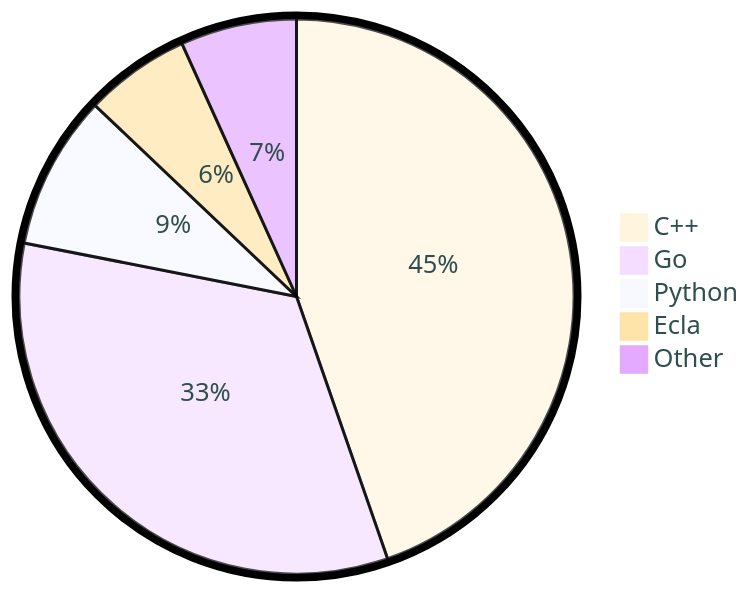
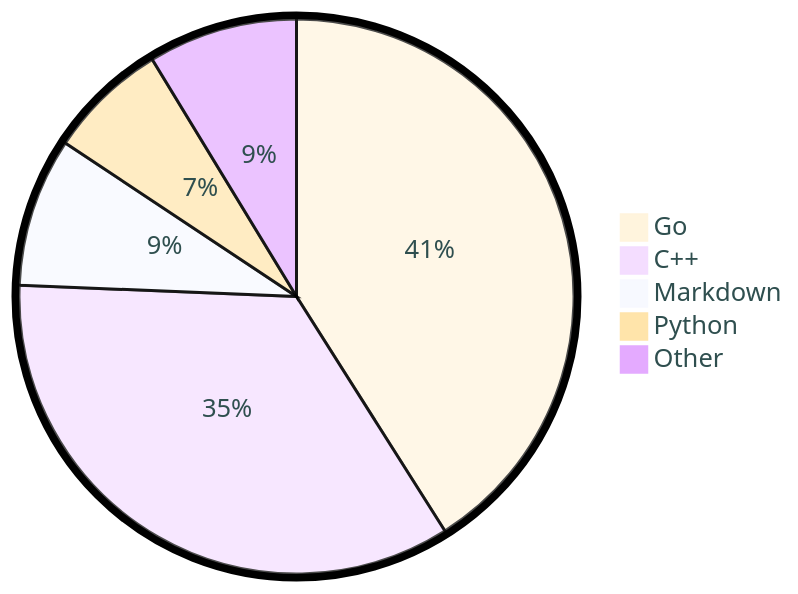
Before and after one commit to tot0p/tot0p: the diagram in README.md, drawn with Mermaid. The commit also changed other lines of this file, not shown here.

````diff
--- a/README.md
+++ b/README.md
@@ -83,9 +83,9 @@
 ```mermaid
 %%{init: {"pie": {"textPosition": 0.5}, "themeVariables": {"pieOuterStrokeWidth": "5px","primaryTextColor" : "#2F4F4F"},"theme":"base"} }%%
 pie
-	"C++": 44.68
-	"Go": 33.41
-	"Python": 8.99
-	"Ecla": 6.15
-	"Other": 6.769999999999999
+	"Go": 41.02
+	"C++": 34.64
+	"Markdown": 8.68
+	"Python": 6.97
+	"Other": 8.700000000000001
 ```
````
